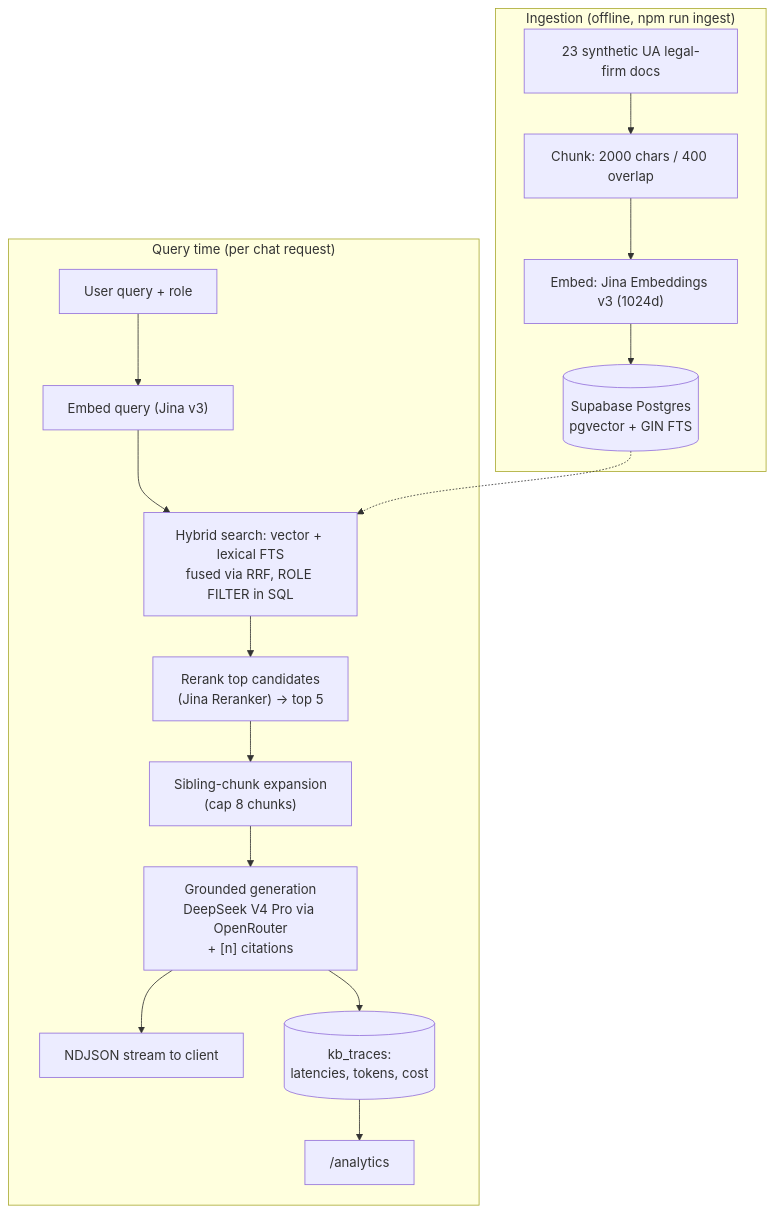
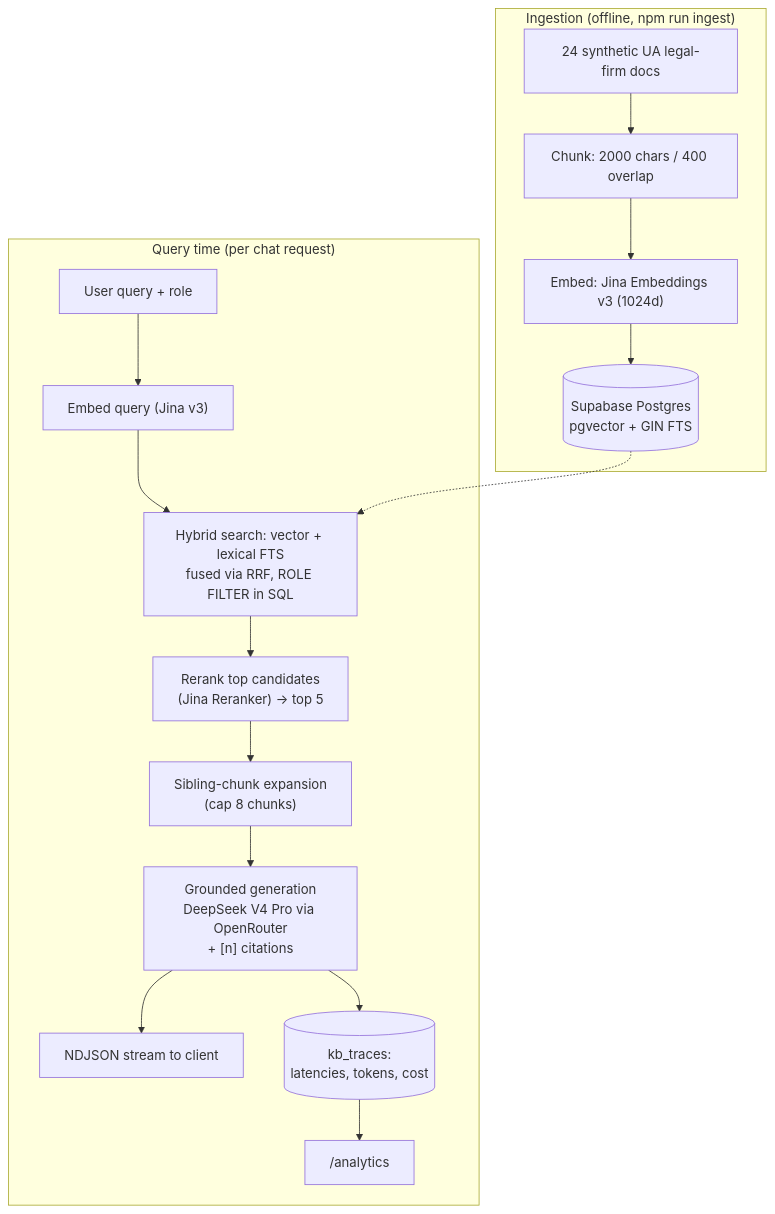
The first of 2 diagrams in README.md (volodeveth/prasolov-ai-kb), drawn with Mermaid before and after one commit. The commit also changed other lines of this file and 5 other files, not shown here.

````diff
--- a/README.md
+++ b/README.md
@@ -27,20 +27,20 @@
 ```mermaid
 flowchart TD
     subgraph Ingest["Ingestion (offline, npm run ingest)"]
-        A[23 synthetic UA legal-firm docs] --> B["Chunk: 2000 chars / 400 overlap"]
+        A[24 synthetic UA legal-firm docs] --> B["Chunk: 2000 chars / 400 overlap"]
         B --> C["Embed: Jina Embeddings v3 (1024d)"]
         C --> D[(Supabase Postgres<br/>pgvector + GIN FTS)]
     end
 
     subgraph Query["Query time (per chat request)"]
         E[User query + role] --> F["Embed query (Jina v3)"]
         F --> G["Hybrid search: vector + lexical FTS<br/>fused via RRF, ROLE FILTER in SQL"]
         D -.-> G
         G --> H["Rerank top candidates<br/>(Jina Reranker) → top 5"]
         H --> I["Sibling-chunk expansion<br/>(cap 8 chunks)"]
         I --> J["Grounded generation<br/>DeepSeek V4 Pro via OpenRouter<br/>+ [n] citations"]
         J --> K["NDJSON stream to client"]
         J --> L[(kb_traces:<br/>latencies, tokens, cost)]
         L --> M["/analytics"]
     end
 ```
````
